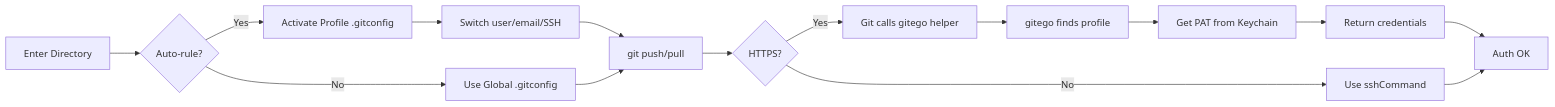
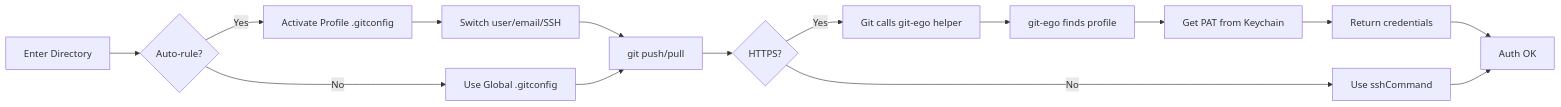
The diagram in README.md (bhardwajRahul/gitego), drawn with Mermaid before and after one commit. The commit also changed other lines of this file and 3 other files, not shown here.

Commit message:
replace gitego with git-ego in all docs and examples

````diff
--- a/README.md
+++ b/README.md
@@ -171,17 +171,17 @@
 ```mermaid
 graph LR
     A[Enter Directory] --> B{Auto-rule?};
     B -- Yes --> C[Activate Profile .gitconfig];
     C --> D[Switch user/email/SSH];
     B -- No --> E[Use Global .gitconfig];
     D --> F[git push/pull];
     E --> F;
     F --> G{HTTPS?};
-    G -- Yes --> H[Git calls gitego helper];
-    H --> I[gitego finds profile];
+    G -- Yes --> H[Git calls git-ego helper];
+    H --> I[git-ego finds profile];
     I --> J[Get PAT from Keychain];
     J --> K[Return credentials];
     G -- No --> L[Use sshCommand];
     K --> M[Auth OK];
     L --> M[Auth OK];
 ```
````
